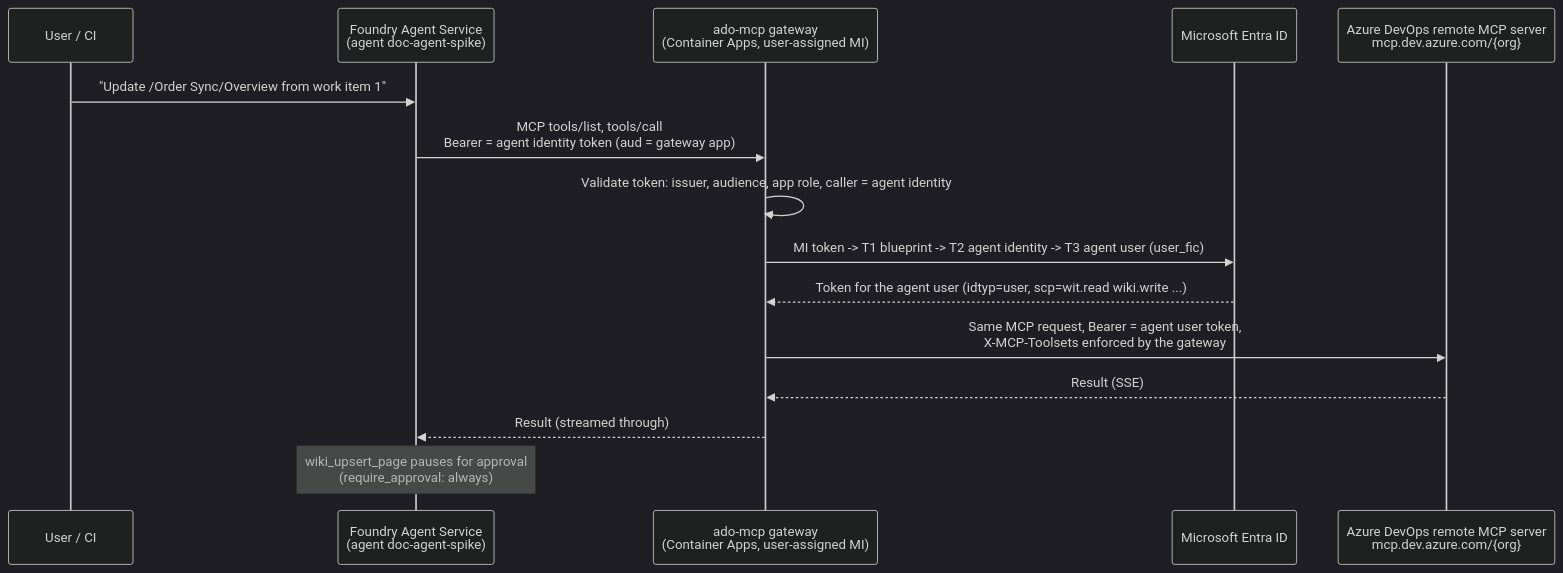
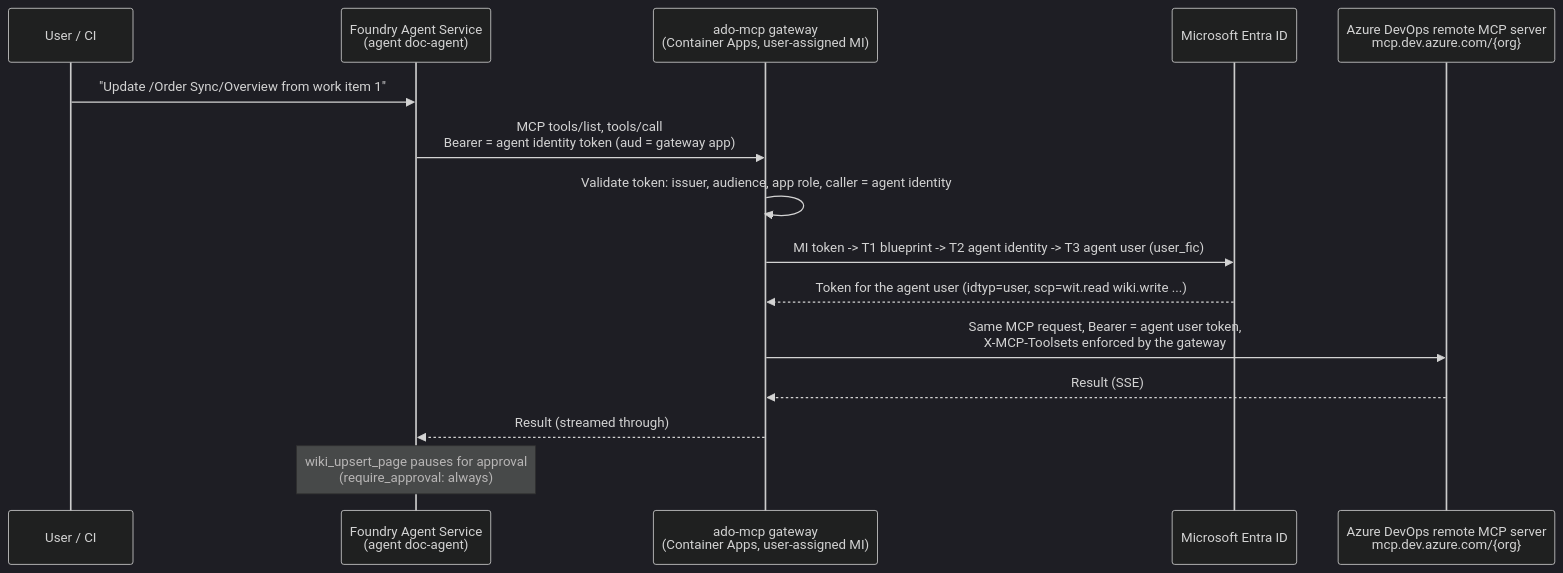
One commit to wdhm/foundry-agentic-pattern changed the diagram in docs/workshop/agent-identity-guide.md. Above: the diagram before and after it, drawn with Mermaid (dark theme). The commit also changed other lines of this file and 13 other files, not shown here.

First line of the commit message:
docs: demo P2 on prompt agent doc-agent instead of the spike

````diff
--- a/docs/workshop/agent-identity-guide.md
+++ b/docs/workshop/agent-identity-guide.md
@@ -9,17 +9,17 @@
 ```mermaid
 sequenceDiagram
     participant U as User / CI
-    participant F as Foundry Agent Service<br/>(agent doc-agent-spike)
+    participant F as Foundry Agent Service<br/>(agent doc-agent)
     participant G as ado-mcp gateway<br/>(Container Apps, user-assigned MI)
     participant E as Microsoft Entra ID
     participant M as Azure DevOps remote MCP server<br/>mcp.dev.azure.com/{org}
     U->>F: "Update /Order Sync/Overview from work item 1"
     F->>G: MCP tools/list, tools/call<br/>Bearer = agent identity token (aud = gateway app)
     G->>G: Validate token: issuer, audience, app role, caller = agent identity
     G->>E: MI token -> T1 blueprint -> T2 agent identity -> T3 agent user (user_fic)
     E-->>G: Token for the agent user (idtyp=user, scp=wit.read wiki.write ...)
     G->>M: Same MCP request, Bearer = agent user token,<br/>X-MCP-Toolsets enforced by the gateway
     M-->>G: Result (SSE)
     G-->>F: Result (streamed through)
     Note over F: wiki_upsert_page pauses for approval<br/>(require_approval: always)
 ```
````
